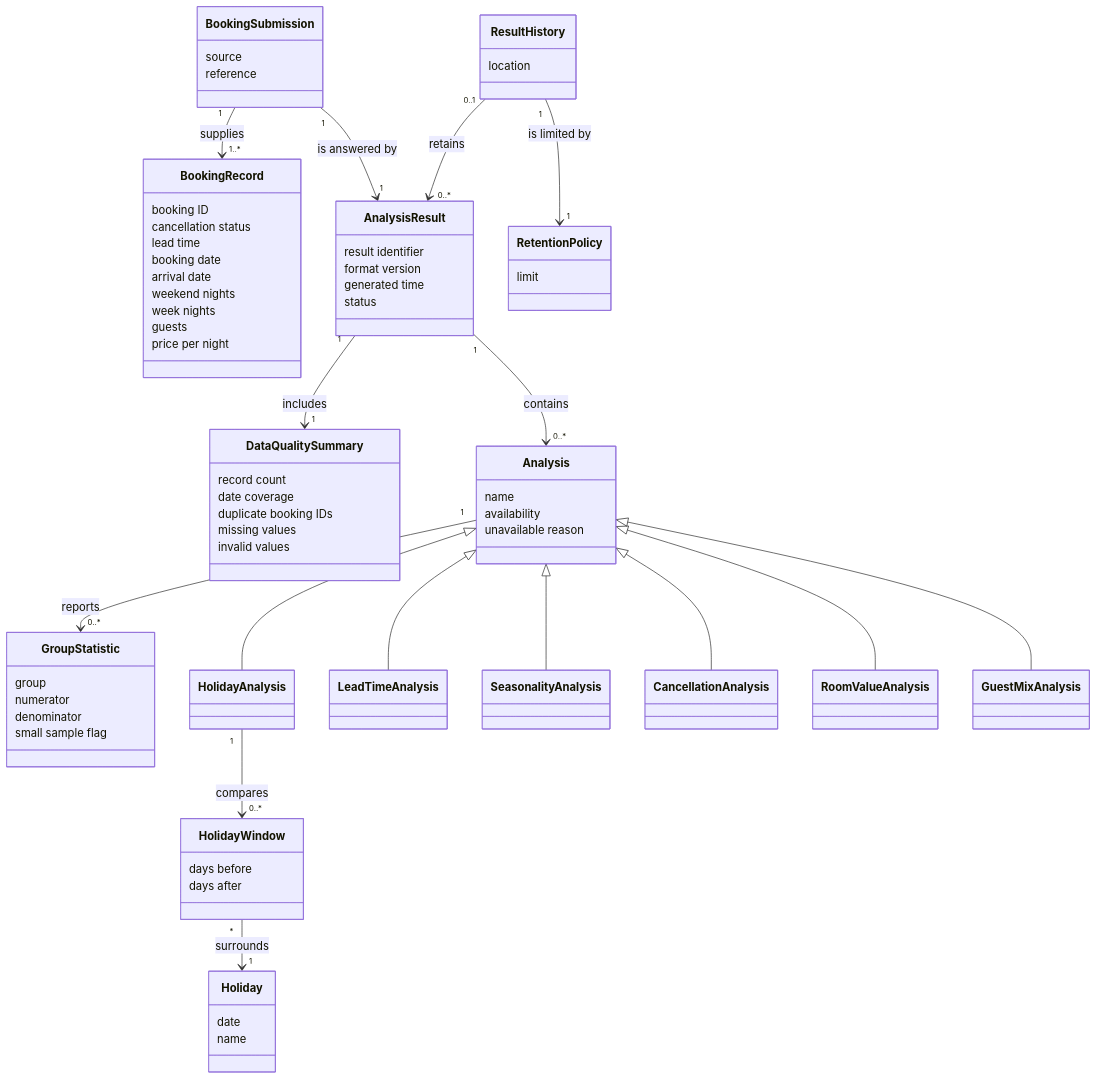
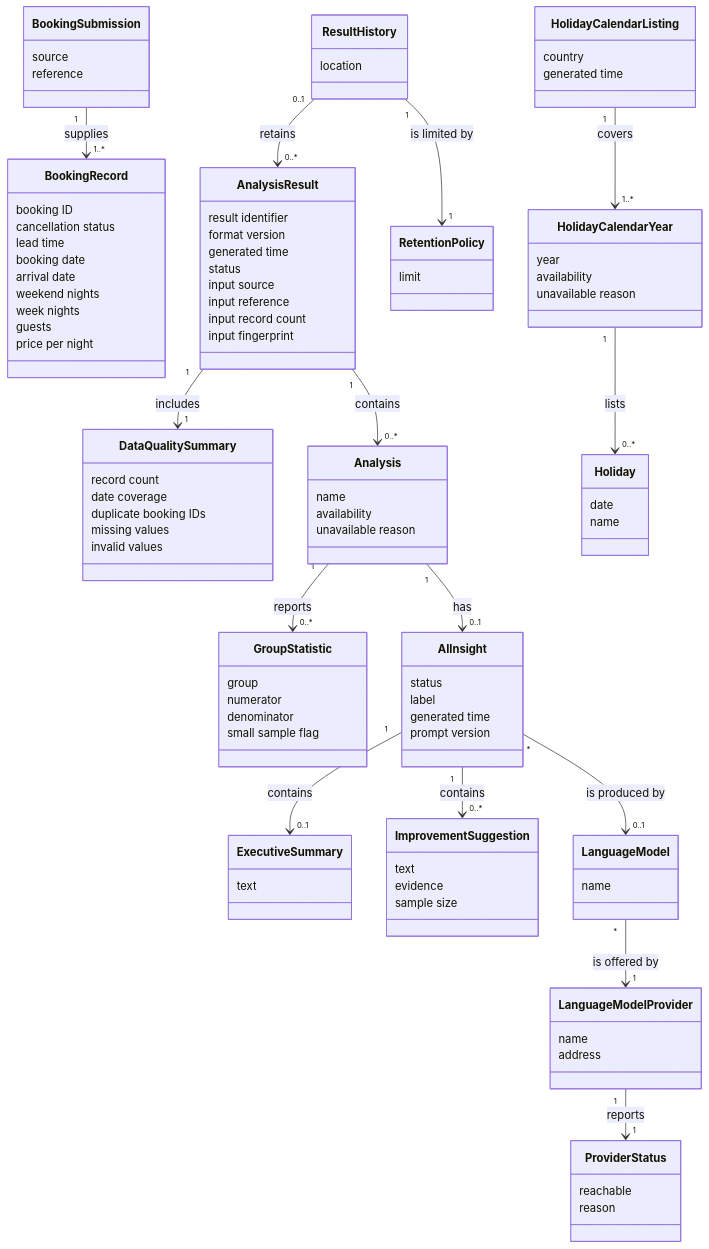
The diagram in docs/domain-model.md (NF-Hotel/Notebook_Market_Analysis), drawn with Mermaid before and after one commit. The commit also changed other lines of this file and 6 other files, not shown here.

````diff
--- a/docs/domain-model.md
+++ b/docs/domain-model.md
@@ -51,6 +54,10 @@
         format version
         generated time
         status
+        input source
+        input reference
+        input record count
+        input fingerprint
     }
     class Analysis {
         name
@@ -67,29 +74,58 @@
         date
         name
     }
-    class HolidayWindow {
-        days before
-        days after
-    }
     class ResultHistory {
         location
     }
     class RetentionPolicy {
         limit
     }
+    class AIInsight {
+        status
+        label
+        generated time
+        prompt version
+    }
+    class ExecutiveSummary {
+        text
+    }
+    class ImprovementSuggestion {
+        text
+        evidence
+        sample size
+    }
+    class LanguageModelProvider {
+        name
+        address
+    }
+    class ProviderStatus {
+        reachable
+        reason
+    }
+    class LanguageModel {
+        name
+    }
+    class HolidayCalendarListing {
+        country
+        generated time
+    }
+    class HolidayCalendarYear {
+        year
+        availability
+        unavailable reason
+    }
     BookingSubmission "1" --> "1..*" BookingRecord : supplies
-    BookingSubmission "1" --> "1" AnalysisResult : is answered by
     AnalysisResult "1" --> "1" DataQualitySummary : includes
     AnalysisResult "1" --> "0..*" Analysis : contains
     Analysis "1" --> "0..*" GroupStatistic : reports
-    HolidayAnalysis "1" --> "0..*" HolidayWindow : compares
-    HolidayWindow "*" --> "1" Holiday : surrounds
+    Analysis "1" --> "0..1" AIInsight : has
+    AIInsight "1" --> "0..1" ExecutiveSummary : contains
+    AIInsight "1" --> "0..*" ImprovementSuggestion : contains
+    AIInsight "*" --> "0..1" LanguageModel : is produced by
+    LanguageModel "*" --> "1" LanguageModelProvider : is offered by
+    LanguageModelProvider "1" --> "1" ProviderStatus : reports
+    HolidayCalendarListing "1" --> "1..*" HolidayCalendarYear : covers
+    HolidayCalendarYear "1" --> "0..*" Holiday : lists
     ResultHistory "0..1" --> "0..*" AnalysisResult : retains
     ResultHistory "1" --> "1" RetentionPolicy : is limited by
-    Analysis <|-- LeadTimeAnalysis
-    Analysis <|-- HolidayAnalysis
-    Analysis <|-- SeasonalityAnalysis
-    Analysis <|-- CancellationAnalysis
-    Analysis <|-- RoomValueAnalysis
-    Analysis <|-- GuestMixAnalysis
 ```
````
